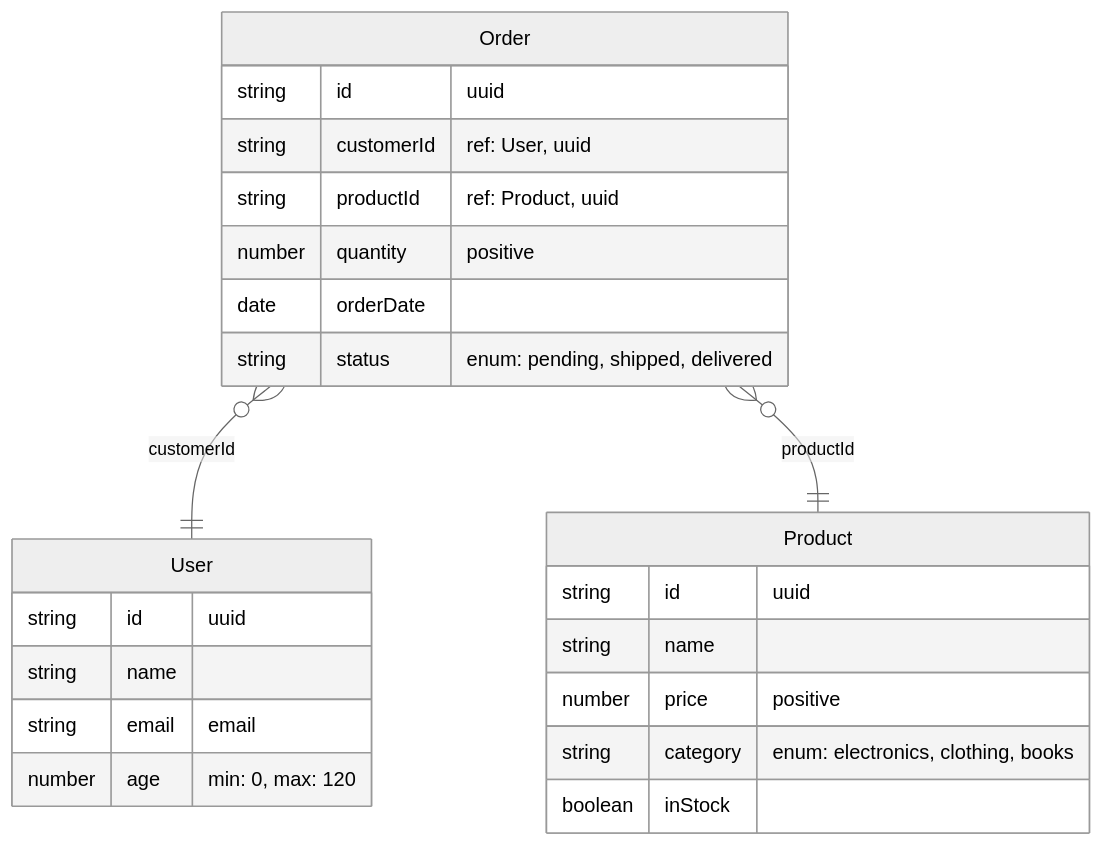
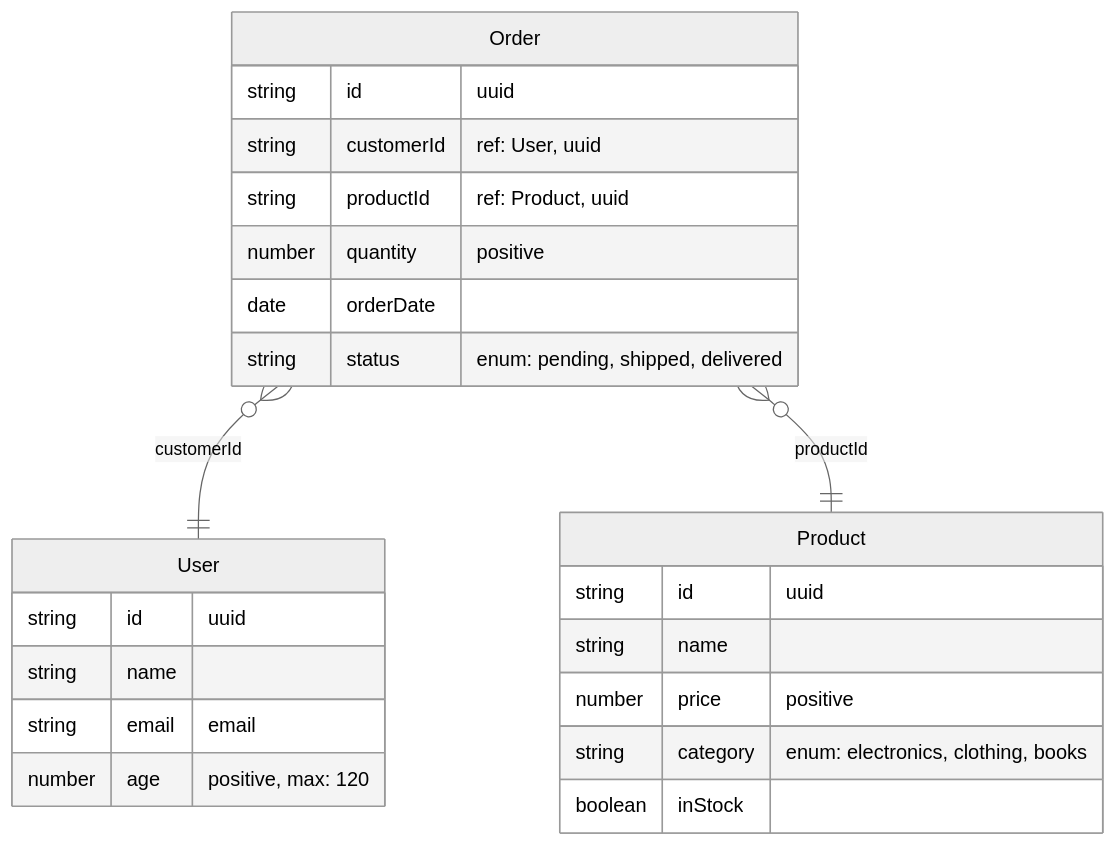
Before and after one commit to kothar/zod-mermaid: the first of 3 diagrams in examples/multiple-schemas-example.md, drawn with Mermaid (neutral theme). The commit also changed other lines of this file and 13 other files, not shown here.

First line of the commit message:
Enhance entity naming in Mermaid diagrams for discriminated unions (#3)

````diff
--- a/examples/multiple-schemas-example.md
+++ b/examples/multiple-schemas-example.md
@@ -44,26 +38,26 @@
 ```mermaid
 erDiagram
     User {
         string id "uuid"
         string name
         string email "email"
-        number age "min: 0, max: 120"
+        number age "positive, max: 120"
     }
     Product {
         string id "uuid"
         string name
         number price "positive"
         string category "enum: electronics, clothing, books"
         boolean inStock
     }
     Order {
         string id "uuid"
         string customerId "ref: User, uuid"
         string productId "ref: Product, uuid"
         number quantity "positive"
         date orderDate
         string status "enum: pending, shipped, delivered"
     }
     Order }o--|| User : "customerId"
     Order }o--|| Product : "productId"
 ```
````
